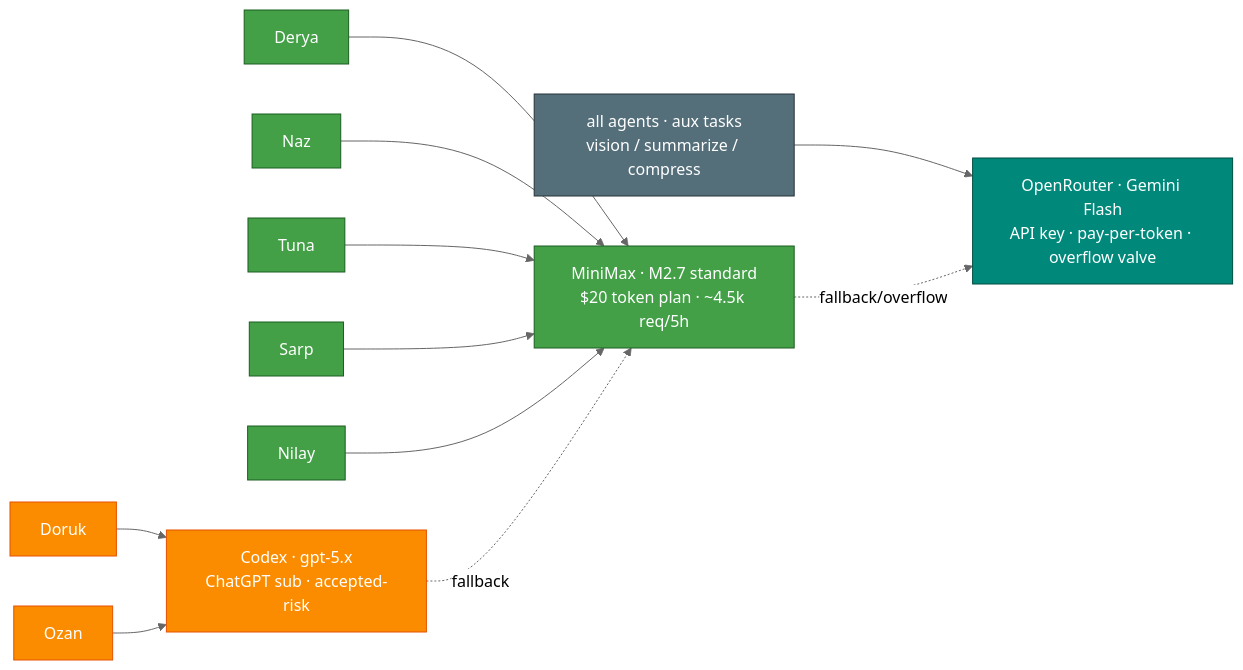
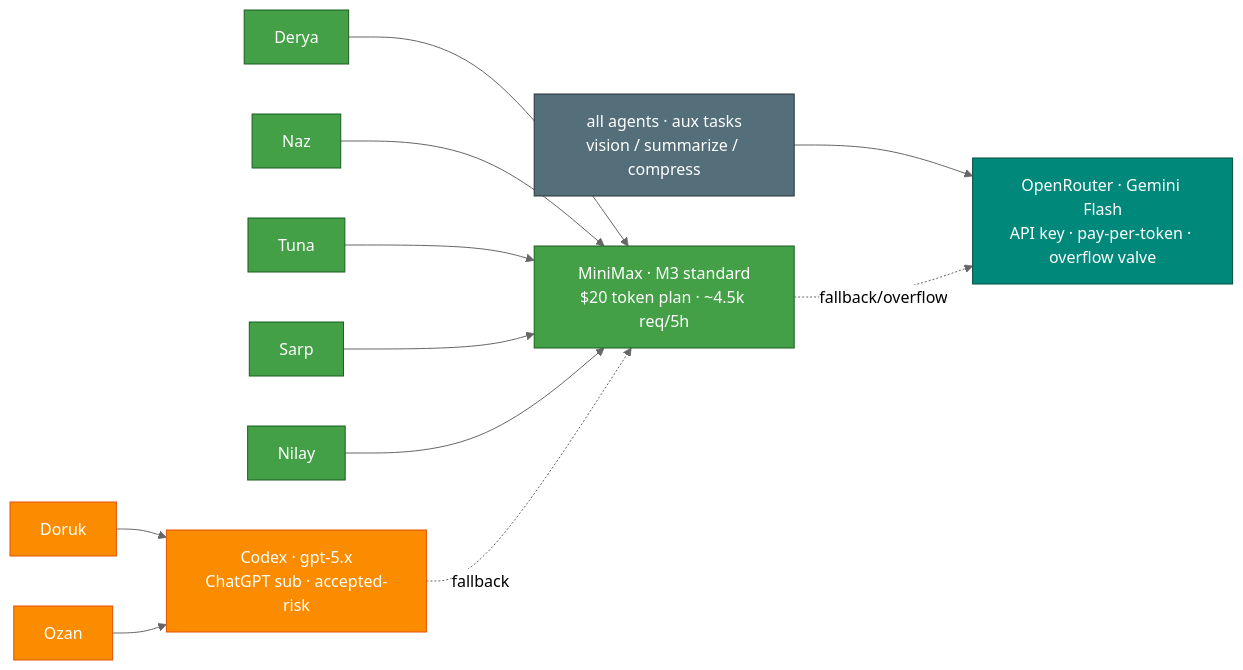
Before and after one commit to mpolatcan/hermes-setup: the diagram in docs/04-models.md, drawn with Mermaid (neutral theme). The commit also changed other lines of this file and 2 other files, not shown here.

First line of the commit message:
docs(models): upgrade MiniMax M2.7 -> M3 (June 2026 flagship)

````diff
--- a/docs/04-models.md
+++ b/docs/04-models.md
@@ -7,16 +7,16 @@
 ```mermaid
 flowchart LR
     Doruk & Ozan --> codex["Codex · gpt-5.x<br/>ChatGPT sub · accepted-risk"]
-    Derya & Naz & Tuna & Sarp & Nilay --> mini["MiniMax · M2.7 standard<br/>$20 token plan · ~4.5k req/5h"]
+    Derya & Naz & Tuna & Sarp & Nilay --> mini["MiniMax · M3 standard<br/>$20 token plan · ~4.5k req/5h"]
     aux["all agents · aux tasks<br/>vision / summarize / compress"] --> or["OpenRouter · Gemini Flash<br/>API key · pay-per-token · overflow valve"]
     codex -. fallback .-> mini
     mini -. fallback/overflow .-> or
     classDef codex fill:#FB8C00,stroke:#E65100,color:#fff
     classDef mini fill:#43A047,stroke:#1B5E20,color:#fff
     classDef ext fill:#00897B,stroke:#004D40,color:#fff
     classDef neutral fill:#546E7A,stroke:#263238,color:#fff
     class Doruk,Ozan,codex codex
     class Derya,Naz,Tuna,Sarp,Nilay,mini mini
     class or ext
     class aux neutral
 ```
````
